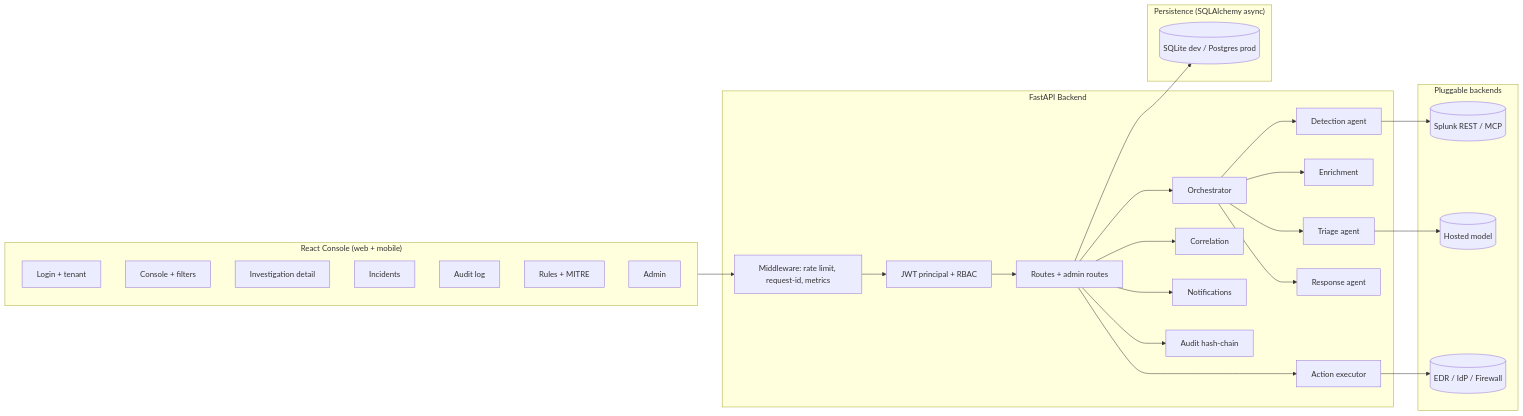
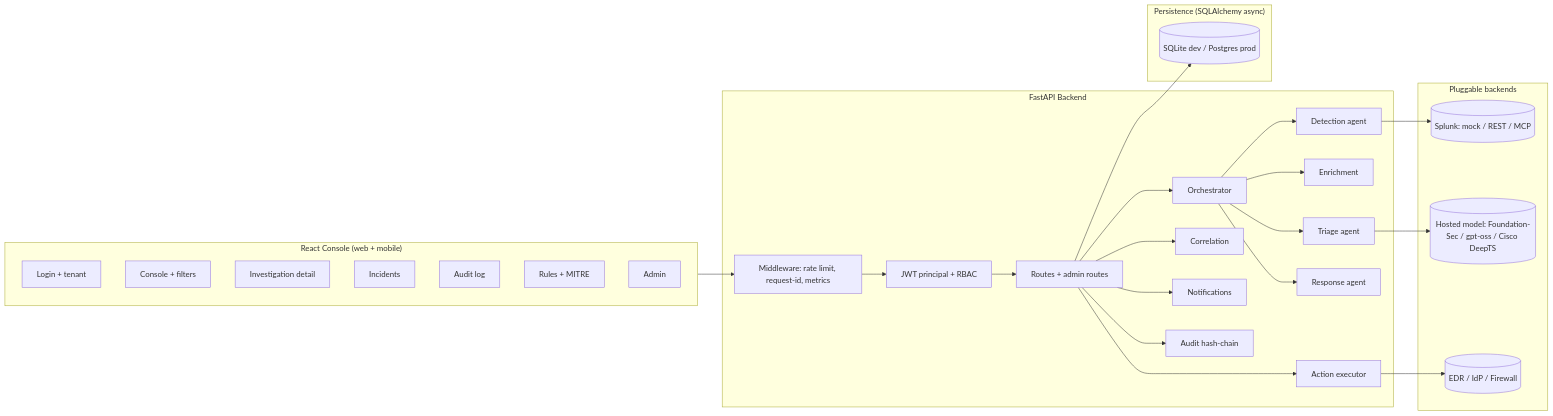
The first of 2 diagrams in docs/ARCHITECTURE.md (vsenthil7/sentinelai-splunk), drawn with Mermaid before and after one commit. The commit also changed other lines of this file and 1 other file, not shown here.

Commit message:
docs: add required root architecture_diagram.md (Splunk/AI/dataflow); reflect 3 Splunk backends + model routing

````diff
--- a/docs/ARCHITECTURE.md
+++ b/docs/ARCHITECTURE.md
@@ -10,49 +10,49 @@
 ```mermaid
 flowchart LR
     subgraph Client["React Console (web + mobile)"]
         Login[Login + tenant]
         Dash[Console + filters]
         Detail[Investigation detail]
         Inc[Incidents]
         Audit[Audit log]
         Rules[Rules + MITRE]
         Admin[Admin]
     end
 
     subgraph API["FastAPI Backend"]
         MW[Middleware: rate limit, request-id, metrics]
         Auth[JWT principal + RBAC]
         Routes[Routes + admin routes]
         Orch[Orchestrator]
         Det[Detection agent]
         Enr[Enrichment]
         Tri[Triage agent]
         Resp[Response agent]
         Exec[Action executor]
         Corr[Correlation]
         Notif[Notifications]
         AuditSvc[Audit hash-chain]
     end
 
     subgraph Data["Persistence (SQLAlchemy async)"]
         DB[(SQLite dev / Postgres prod)]
     end
 
     subgraph External["Pluggable backends"]
-        Splunk[(Splunk REST / MCP)]
-        Model[(Hosted model)]
+        Splunk[(Splunk: mock / REST / MCP)]
+        Model[(Hosted model: Foundation-Sec / gpt-oss / Cisco DeepTS)]
         Conn[(EDR / IdP / Firewall)]
     end
 
     Client --> MW --> Auth --> Routes
     Routes --> Orch
     Orch --> Det --> Splunk
     Orch --> Enr
     Orch --> Tri --> Model
     Orch --> Resp
     Routes --> Exec --> Conn
     Routes --> Corr
     Routes --> Notif
     Routes --> AuditSvc
     Routes --> DB
 ```
````
